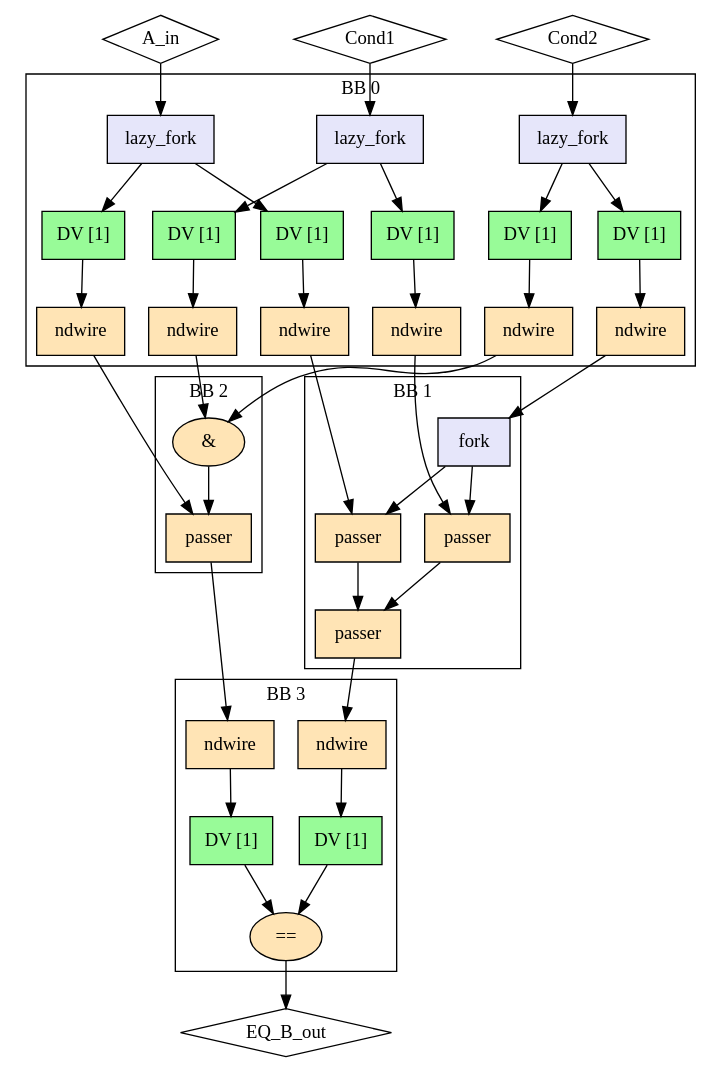
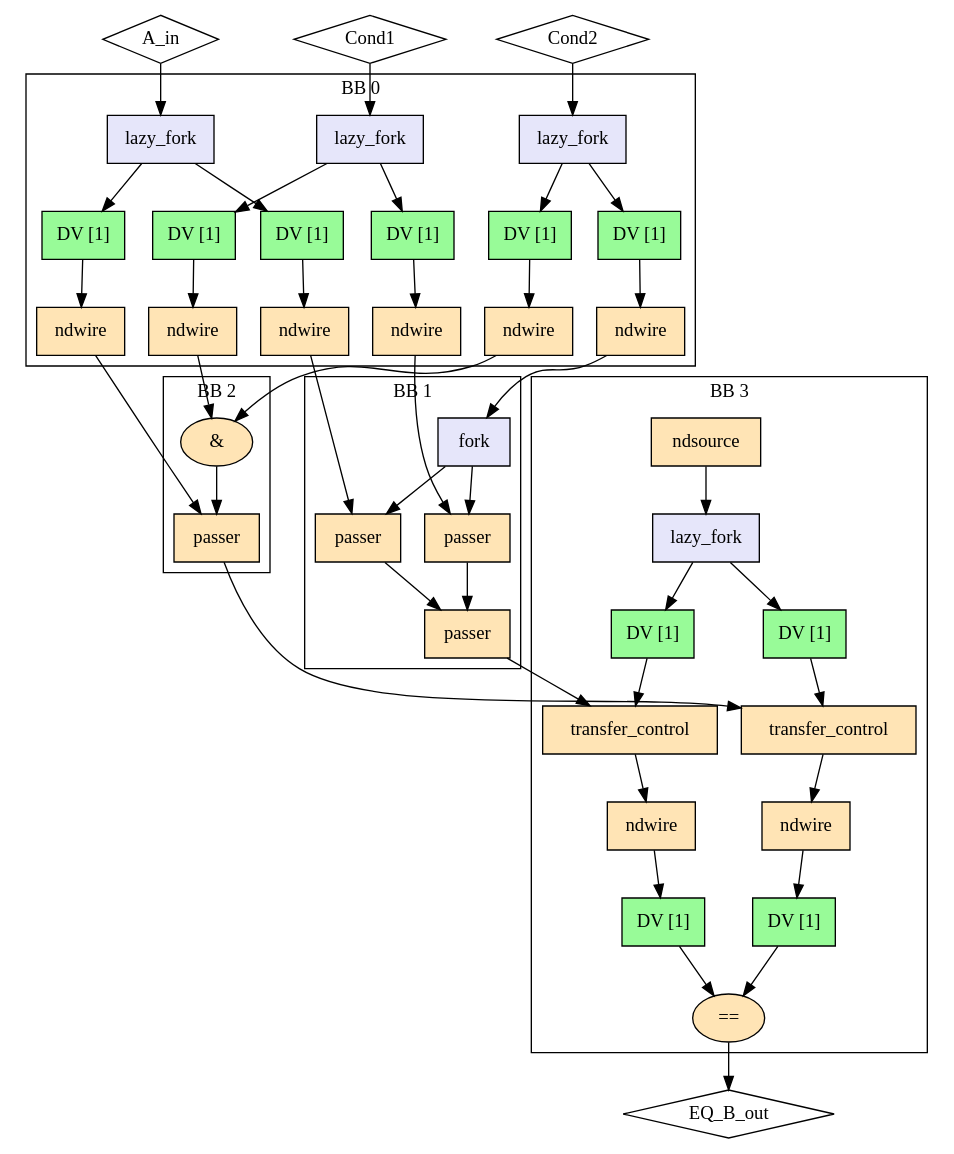
The diagram in experimental/tools/elastic-miter/out/unify_sup/miter/model.dot (EPFL-LAP/dynamatic), drawn with Graphviz before and after one commit. The commit also changed 109 other files, not shown here.

```diff
--- a/experimental/tools/elastic-miter/out/unify_sup/miter/model.dot
+++ b/experimental/tools/elastic-miter/out/unify_sup/miter/model.dot
@@ -1,79 +1,92 @@
 Digraph G {
   splines=spline
   compound=true
   "A_in" ["style"="solid", "shape"="diamond", "label"="A_in", "mlir_op"="handshake.func"]
   "Cond1" ["style"="solid", "shape"="diamond", "label"="Cond1", "mlir_op"="handshake.func"]
   "Cond2" ["style"="solid", "shape"="diamond", "label"="Cond2", "mlir_op"="handshake.func"]
   "EQ_B_out" ["style"="solid", "shape"="diamond", "label"="EQ_B_out", "mlir_op"="handshake.func"]
   "A_in" -> "in_fork_A_in" ["dir"="both", "style"="solid", "arrowhead"="normal", "from_idx"="0", "to"="ins", "arrowtail"="none", "from"="A_in", "to_idx"="0"]
   "Cond1" -> "in_fork_Cond1" ["dir"="both", "style"="solid", "arrowhead"="normal", "from_idx"="1", "to"="ins", "arrowtail"="none", "from"="Cond1", "to_idx"="0"]
   "Cond2" -> "in_fork_Cond2" ["dir"="both", "style"="solid", "arrowhead"="normal", "from_idx"="2", "to"="ins", "arrowtail"="none", "from"="Cond2", "to_idx"="0"]
   "lhs_in_ndw_A_in" -> "lhs_passer2" ["dir"="both", "style"="solid", "arrowhead"="normal", "from_idx"="0", "to"="data", "arrowtail"="none", "from"="outs", "to_idx"="0"]
   "rhs_in_ndw_A_in" -> "rhs_passer" ["dir"="both", "style"="solid", "arrowhead"="normal", "from_idx"="0", "to"="data", "arrowtail"="none", "from"="outs", "to_idx"="0"]
   "lhs_in_ndw_Cond1" -> "lhs_passer1" ["dir"="both", "style"="solid", "arrowhead"="normal", "from_idx"="0", "to"="data", "arrowtail"="none", "from"="outs", "to_idx"="0"]
   "rhs_in_ndw_Cond1" -> "rhs_andi" ["dir"="both", "style"="solid", "arrowhead"="normal", "from_idx"="0", "to"="lhs", "arrowtail"="none", "from"="outs", "to_idx"="0"]
   "lhs_in_ndw_Cond2" -> "lhs_fork_cond2" ["dir"="both", "style"="solid", "arrowhead"="normal", "from_idx"="0", "to"="ins", "arrowtail"="none", "from"="outs", "to_idx"="0"]
   "rhs_in_ndw_Cond2" -> "rhs_andi" ["dir"="both", "style"="solid", "arrowhead"="normal", "from_idx"="0", "to"="rhs", "arrowtail"="none", "from"="outs", "to_idx"="1"]
-  "lhs_passer3" -> "lhs_out_ndw_B_out" ["dir"="both", "style"="solid", "arrowhead"="normal", "from_idx"="0", "to"="ins", "arrowtail"="none", "from"="result", "to_idx"="0"]
-  "rhs_passer" -> "rhs_out_ndw_B_out" ["dir"="both", "style"="solid", "arrowhead"="normal", "from_idx"="0", "to"="ins", "arrowtail"="none", "from"="result", "to_idx"="0"]
+  "lhs_passer3" -> "out_lhs_tc_B_out" ["dir"="both", "style"="solid", "arrowhead"="normal", "from_idx"="0", "to"="ins", "arrowtail"="none", "from"="result", "to_idx"="0"]
+  "rhs_passer" -> "out_rhs_tc_B_out" ["dir"="both", "style"="solid", "arrowhead"="normal", "from_idx"="0", "to"="ins", "arrowtail"="none", "from"="result", "to_idx"="0"]
   "out_eq_B_out" -> "EQ_B_out" ["dir"="both", "style"="solid", "arrowhead"="normal", "from_idx"="0", "to"="EQ_B_out", "arrowtail"="none", "from"="result", "to_idx"="0"]
   subgraph cluster0 {
     graph ["label"="BB 0"]
     "in_fork_A_in" ["style"="filled", "fillcolor"="lavender", "shape"="box", "label"="lazy_fork", "mlir_op"="handshake.lazy_fork"]
     "lhs_in_buf_A_in" ["style"="filled", "fillcolor"="palegreen", "shape"="box", "label"="DV [1]", "mlir_op"="handshake.buffer"]
     "rhs_in_buf_A_in" ["style"="filled", "fillcolor"="palegreen", "shape"="box", "label"="DV [1]", "mlir_op"="handshake.buffer"]
     "lhs_in_ndw_A_in" ["style"="filled", "fillcolor"="moccasin", "shape"="box", "label"="ndwire", "mlir_op"="handshake.ndwire"]
     "rhs_in_ndw_A_in" ["style"="filled", "fillcolor"="moccasin", "shape"="box", "label"="ndwire", "mlir_op"="handshake.ndwire"]
     "in_fork_Cond1" ["style"="filled", "fillcolor"="lavender", "shape"="box", "label"="lazy_fork", "mlir_op"="handshake.lazy_fork"]
     "lhs_in_buf_Cond1" ["style"="filled", "fillcolor"="palegreen", "shape"="box", "label"="DV [1]", "mlir_op"="handshake.buffer"]
     "rhs_in_buf_Cond1" ["style"="filled", "fillcolor"="palegreen", "shape"="box", "label"="DV [1]", "mlir_op"="handshake.buffer"]
     "lhs_in_ndw_Cond1" ["style"="filled", "fillcolor"="moccasin", "shape"="box", "label"="ndwire", "mlir_op"="handshake.ndwire"]
     "rhs_in_ndw_Cond1" ["style"="filled", "fillcolor"="moccasin", "shape"="box", "label"="ndwire", "mlir_op"="handshake.ndwire"]
     "in_fork_Cond2" ["style"="filled", "fillcolor"="lavender", "shape"="box", "label"="lazy_fork", "mlir_op"="handshake.lazy_fork"]
     "lhs_in_buf_Cond2" ["style"="filled", "fillcolor"="palegreen", "shape"="box", "label"="DV [1]", "mlir_op"="handshake.buffer"]
     "rhs_in_buf_Cond2" ["style"="filled", "fillcolor"="palegreen", "shape"="box", "label"="DV [1]", "mlir_op"="handshake.buffer"]
     "lhs_in_ndw_Cond2" ["style"="filled", "fillcolor"="moccasin", "shape"="box", "label"="ndwire", "mlir_op"="handshake.ndwire"]
     "rhs_in_ndw_Cond2" ["style"="filled", "fillcolor"="moccasin", "shape"="box", "label"="ndwire", "mlir_op"="handshake.ndwire"]
     "in_fork_A_in" -> "lhs_in_buf_A_in" ["dir"="both", "style"="solid", "arrowhead"="normal", "from_idx"="0", "to"="ins", "arrowtail"="none", "from"="outs_0", "to_idx"="0"]
     "in_fork_A_in" -> "rhs_in_buf_A_in" ["dir"="both", "style"="solid", "arrowhead"="normal", "from_idx"="1", "to"="ins", "arrowtail"="none", "from"="outs_1", "to_idx"="0"]
     "lhs_in_buf_A_in" -> "lhs_in_ndw_A_in" ["dir"="both", "style"="solid", "arrowhead"="normal", "from_idx"="0", "to"="ins", "arrowtail"="none", "from"="outs", "to_idx"="0"]
     "rhs_in_buf_A_in" -> "rhs_in_ndw_A_in" ["dir"="both", "style"="solid", "arrowhead"="normal", "from_idx"="0", "to"="ins", "arrowtail"="none", "from"="outs", "to_idx"="0"]
     "in_fork_Cond1" -> "lhs_in_buf_Cond1" ["dir"="both", "style"="solid", "arrowhead"="normal", "from_idx"="0", "to"="ins", "arrowtail"="none", "from"="outs_0", "to_idx"="0"]
     "in_fork_Cond1" -> "rhs_in_buf_Cond1" ["dir"="both", "style"="solid", "arrowhead"="normal", "from_idx"="1", "to"="ins", "arrowtail"="none", "from"="outs_1", "to_idx"="0"]
     "lhs_in_buf_Cond1" -> "lhs_in_ndw_Cond1" ["dir"="both", "style"="solid", "arrowhead"="normal", "from_idx"="0", "to"="ins", "arrowtail"="none", "from"="outs", "to_idx"="0"]
     "rhs_in_buf_Cond1" -> "rhs_in_ndw_Cond1" ["dir"="both", "style"="solid", "arrowhead"="normal", "from_idx"="0", "to"="ins", "arrowtail"="none", "from"="outs", "to_idx"="0"]
     "in_fork_Cond2" -> "lhs_in_buf_Cond2" ["dir"="both", "style"="solid", "arrowhead"="normal", "from_idx"="0", "to"="ins", "arrowtail"="none", "from"="outs_0", "to_idx"="0"]
     "in_fork_Cond2" -> "rhs_in_buf_Cond2" ["dir"="both", "style"="solid", "arrowhead"="normal", "from_idx"="1", "to"="ins", "arrowtail"="none", "from"="outs_1", "to_idx"="0"]
     "lhs_in_buf_Cond2" -> "lhs_in_ndw_Cond2" ["dir"="both", "style"="solid", "arrowhead"="normal", "from_idx"="0", "to"="ins", "arrowtail"="none", "from"="outs", "to_idx"="0"]
     "rhs_in_buf_Cond2" -> "rhs_in_ndw_Cond2" ["dir"="both", "style"="solid", "arrowhead"="normal", "from_idx"="0", "to"="ins", "arrowtail"="none", "from"="outs", "to_idx"="0"]
   }
   subgraph cluster1 {
     graph ["label"="BB 1"]
     "lhs_fork_cond2" ["style"="filled", "fillcolor"="lavender", "shape"="box", "label"="fork", "mlir_op"="handshake.fork"]
     "lhs_passer1" ["style"="filled", "fillcolor"="moccasin", "shape"="box", "label"="passer", "mlir_op"="handshake.passer"]
     "lhs_passer2" ["style"="filled", "fillcolor"="moccasin", "shape"="box", "label"="passer", "mlir_op"="handshake.passer"]
     "lhs_passer3" ["style"="filled", "fillcolor"="moccasin", "shape"="box", "label"="passer", "mlir_op"="handshake.passer"]
     "lhs_fork_cond2" -> "lhs_passer1" ["dir"="both", "style"="solid", "arrowhead"="normal", "from_idx"="0", "to"="ctrl", "arrowtail"="none", "from"="outs_0", "to_idx"="1"]
     "lhs_fork_cond2" -> "lhs_passer2" ["dir"="both", "style"="solid", "arrowhead"="normal", "from_idx"="1", "to"="ctrl", "arrowtail"="none", "from"="outs_1", "to_idx"="1"]
     "lhs_passer1" -> "lhs_passer3" ["dir"="both", "style"="solid", "arrowhead"="normal", "from_idx"="0", "to"="ctrl", "arrowtail"="none", "from"="result", "to_idx"="1"]
     "lhs_passer2" -> "lhs_passer3" ["dir"="both", "style"="solid", "arrowhead"="normal", "from_idx"="0", "to"="data", "arrowtail"="none", "from"="result", "to_idx"="0"]
   }
   subgraph cluster2 {
     graph ["label"="BB 2"]
     "rhs_andi" ["style"="filled", "fillcolor"="moccasin", "shape"="oval", "label"="&", "mlir_op"="handshake.andi"]
     "rhs_passer" ["style"="filled", "fillcolor"="moccasin", "shape"="box", "label"="passer", "mlir_op"="handshake.passer"]
     "rhs_andi" -> "rhs_passer" ["dir"="both", "style"="solid", "arrowhead"="normal", "from_idx"="0", "to"="ctrl", "arrowtail"="none", "from"="result", "to_idx"="1"]
   }
   subgraph cluster3 {
     graph ["label"="BB 3"]
+    "out_nds_B_out" ["style"="filled", "fillcolor"="moccasin", "shape"="box", "label"="ndsource", "mlir_op"="handshake.ndsource"]
+    "out_lf_B_out" ["style"="filled", "fillcolor"="lavender", "shape"="box", "label"="lazy_fork", "mlir_op"="handshake.lazy_fork"]
+    "out_buf_lhs_nds_B_out" ["style"="filled", "fillcolor"="palegreen", "shape"="box", "label"="DV [1]", "mlir_op"="handshake.buffer"]
+    "out_buf_rhs_nds_B_out" ["style"="filled", "fillcolor"="palegreen", "shape"="box", "label"="DV [1]", "mlir_op"="handshake.buffer"]
+    "out_lhs_tc_B_out" ["style"="filled", "fillcolor"="moccasin", "shape"="box", "label"="transfer_control", "mlir_op"="handshake.transfer_control"]
+    "out_rhs_tc_B_out" ["style"="filled", "fillcolor"="moccasin", "shape"="box", "label"="transfer_control", "mlir_op"="handshake.transfer_control"]
     "lhs_out_ndw_B_out" ["style"="filled", "fillcolor"="moccasin", "shape"="box", "label"="ndwire", "mlir_op"="handshake.ndwire"]
     "rhs_out_ndw_B_out" ["style"="filled", "fillcolor"="moccasin", "shape"="box", "label"="ndwire", "mlir_op"="handshake.ndwire"]
     "lhs_out_buf_B_out" ["style"="filled", "fillcolor"="palegreen", "shape"="box", "label"="DV [1]", "mlir_op"="handshake.buffer"]
     "rhs_out_buf_B_out" ["style"="filled", "fillcolor"="palegreen", "shape"="box", "label"="DV [1]", "mlir_op"="handshake.buffer"]
     "out_eq_B_out" ["style"="filled", "fillcolor"="moccasin", "shape"="oval", "label"="==", "mlir_op"="handshake.cmpi=="]
+    "out_nds_B_out" -> "out_lf_B_out" ["dir"="both", "style"="solid", "arrowhead"="normal", "from_idx"="0", "to"="ins", "arrowtail"="none", "from"="result", "to_idx"="0"]
+    "out_lf_B_out" -> "out_buf_lhs_nds_B_out" ["dir"="both", "style"="solid", "arrowhead"="normal", "from_idx"="0", "to"="ins", "arrowtail"="none", "from"="outs_0", "to_idx"="0"]
+    "out_lf_B_out" -> "out_buf_rhs_nds_B_out" ["dir"="both", "style"="solid", "arrowhead"="normal", "from_idx"="1", "to"="ins", "arrowtail"="none", "from"="outs_1", "to_idx"="0"]
+    "out_buf_lhs_nds_B_out" -> "out_lhs_tc_B_out" ["dir"="both", "style"="solid", "arrowhead"="normal", "from_idx"="0", "to"="ctrl", "arrowtail"="none", "from"="outs", "to_idx"="1"]
+    "out_buf_rhs_nds_B_out" -> "out_rhs_tc_B_out" ["dir"="both", "style"="solid", "arrowhead"="normal", "from_idx"="0", "to"="ctrl", "arrowtail"="none", "from"="outs", "to_idx"="1"]
+    "out_lhs_tc_B_out" -> "lhs_out_ndw_B_out" ["dir"="both", "style"="solid", "arrowhead"="normal", "from_idx"="0", "to"="ins", "arrowtail"="none", "from"="outs", "to_idx"="0"]
+    "out_rhs_tc_B_out" -> "rhs_out_ndw_B_out" ["dir"="both", "style"="solid", "arrowhead"="normal", "from_idx"="0", "to"="ins", "arrowtail"="none", "from"="outs", "to_idx"="0"]
     "lhs_out_ndw_B_out" -> "lhs_out_buf_B_out" ["dir"="both", "style"="solid", "arrowhead"="normal", "from_idx"="0", "to"="ins", "arrowtail"="none", "from"="outs", "to_idx"="0"]
     "rhs_out_ndw_B_out" -> "rhs_out_buf_B_out" ["dir"="both", "style"="solid", "arrowhead"="normal", "from_idx"="0", "to"="ins", "arrowtail"="none", "from"="outs", "to_idx"="0"]
     "lhs_out_buf_B_out" -> "out_eq_B_out" ["dir"="both", "style"="solid", "arrowhead"="normal", "from_idx"="0", "to"="lhs", "arrowtail"="none", "from"="outs", "to_idx"="0"]
     "rhs_out_buf_B_out" -> "out_eq_B_out" ["dir"="both", "style"="solid", "arrowhead"="normal", "from_idx"="0", "to"="rhs", "arrowtail"="none", "from"="outs", "to_idx"="1"]
   }
 }
```
